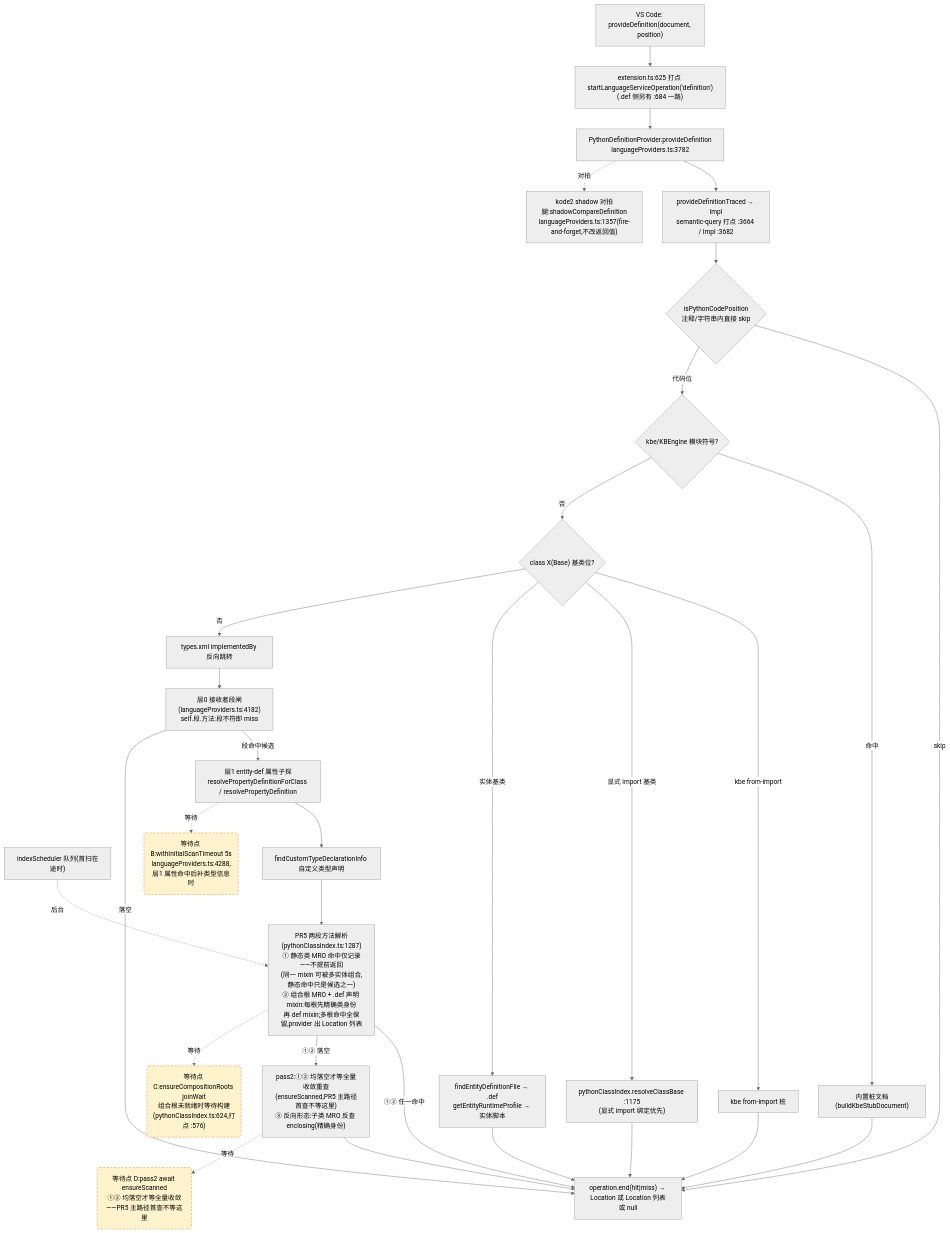
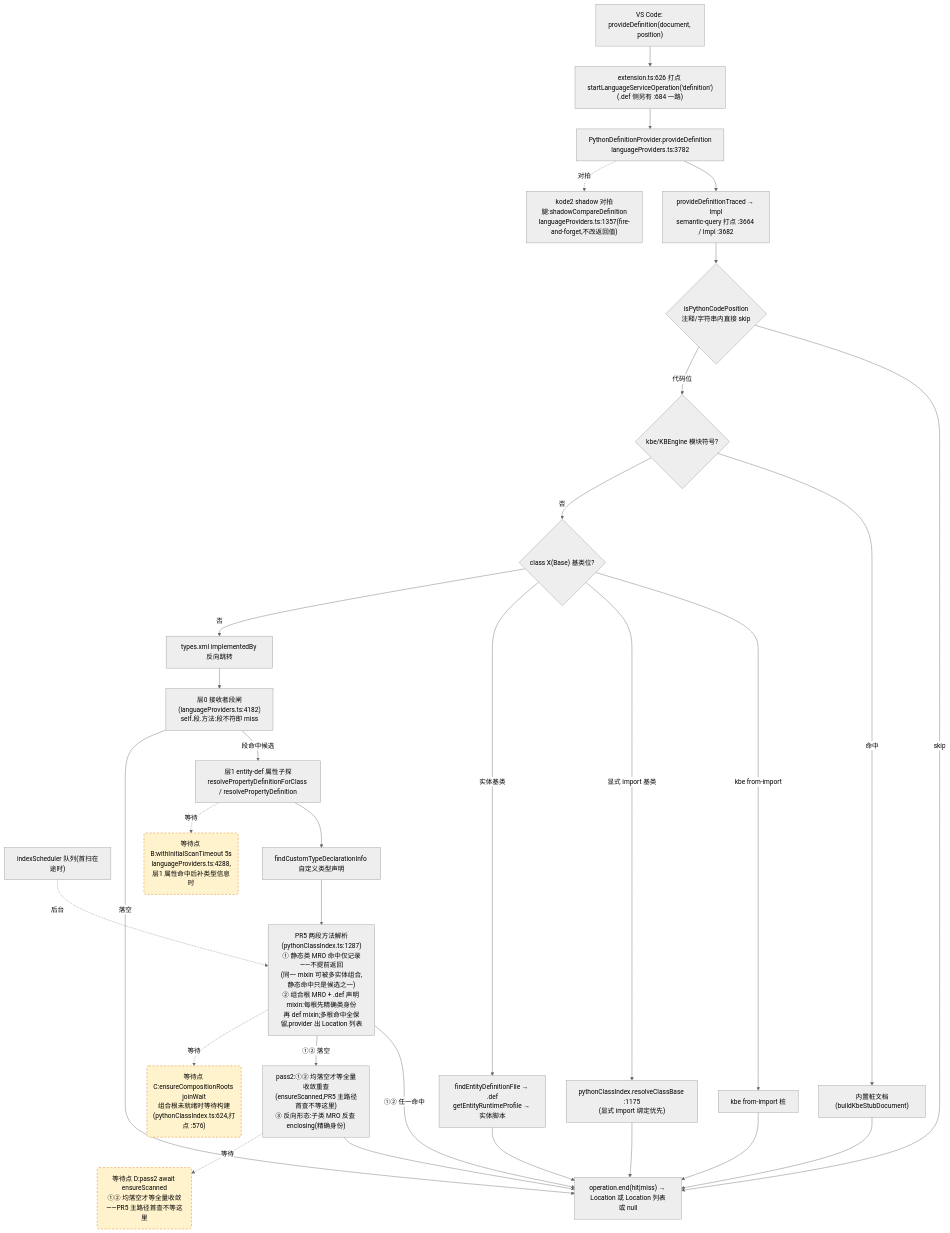
The second of 4 diagrams in docs/perf/2026-baseline.md (cuihairu/kode), drawn with Mermaid (neutral theme) before and after one commit. The commit also changed other lines of this file and 9 other files, not shown here.

````diff
--- a/docs/perf/2026-baseline.md
+++ b/docs/perf/2026-baseline.md
@@ -130,51 +130,51 @@
 ```mermaid
 flowchart TD
   VC2["VS Code: provideDefinition(document, position)"]
-  M2["extension.ts:625 打点 startLanguageServiceOperation('definition')<br/>(.def 侧另有 :684 一路)"]
+  M2["extension.ts:626 打点 startLanguageServiceOperation('definition')<br/>(.def 侧另有 :684 一路)"]
   AD2["PythonDefinitionProvider.provideDefinition<br/>languageProviders.ts:3782"]
   TR["provideDefinitionTraced → Impl<br/>semantic-query 打点 :3664 / Impl :3682"]
   CTX{"isPythonCodePosition<br/>注释/字符串内直接 skip"}
   KBE{"kbe/KBEngine 模块符号?"}
   STUB["内置桩文档(buildKbeStubDocument)"]
   CB{"class X(Base) 基类位?"}
   CB1["kbe from-import 桩"]
   CB2["pythonClassIndex.resolveClassBase :1175<br/>(显式 import 绑定优先)"]
   CB3["findEntityDefinitionFile → .def<br/>getEntityRuntimeProfile → 实体脚本"]
   REV["types.xml implementedBy 反向跳转"]
   L0["层0 接收者段闸(languageProviders.ts:4182)<br/>self.段.方法:段不符即 miss"]
   L1["层1 entity-def 属性子探<br/>resolvePropertyDefinitionForClass / resolvePropertyDefinition"]
   SCAN["indexScheduler 队列(首扫在途时)"]
   TY["findCustomTypeDeclarationInfo 自定义类型声明"]
   MRO["PR5 两段方法解析(pythonClassIndex.ts:1287)<br/>① 静态类 MRO 命中仅记录——不提前返回<br/>(同一 mixin 可被多实体组合,静态命中只是候选之一)<br/>② 组合根 MRO + .def 声明 mixin:每根先精确类身份<br/>再 def mixin;多根命中全保留,provider 出 Location 列表"]
   PASS2["pass2:①② 均落空才等全量收敛重查<br/>(ensureScanned,PR5 主路径首查不等这里)<br/>③ 反向形态:子类 MRO 反查 enclosing(精确身份)"]
   SHD["kode2 shadow 对拍腿:shadowCompareDefinition<br/>languageProviders.ts:1357(fire-and-forget,不改返回值)"]
   END2["operation.end(hit|miss) → Location 或 Location 列表或 null"]
 
   VC2 --> M2 --> AD2 --> TR --> CTX
   CTX -- "skip" --> END2
   CTX -- "代码位" --> KBE
   KBE -- "命中" --> STUB --> END2
   KBE -- "否" --> CB
   CB -- "kbe from-import" --> CB1 --> END2
   CB -- "显式 import 基类" --> CB2 --> END2
   CB -- "实体基类" --> CB3 --> END2
   CB -- "否" --> REV --> L0
   L0 -- "段命中候选" --> L1
   L0 -- "落空" --> END2
   L1 --> TY
   TY --> MRO
   MRO -- "①② 任一命中" --> END2
   MRO -- "①② 落空" --> PASS2 --> END2
   AD2 -.->|对拍| SHD
 
   WAITB("等待点 B:withInitialScanTimeout 5s<br/>languageProviders.ts:4288,层1 属性命中后补类型信息时")
   WAITC("等待点 C:ensureCompositionRoots joinWait<br/>组合根未就绪时等待构建(pythonClassIndex.ts:624,打点 :576)")
   WAITD("等待点 D:pass2 await ensureScanned<br/>①② 均落空才等全量收敛——PR5 主路径首查不等这里")
   L1 -.->|等待| WAITB
   MRO -.->|等待| WAITC
   PASS2 -.->|等待| WAITD
   SCAN -.->|后台| MRO
 
   classDef waitPoint fill:#fff3cd,stroke:#d97706,stroke-dasharray:5 4;
   class WAITB,WAITC,WAITD waitPoint;
 ```
````
